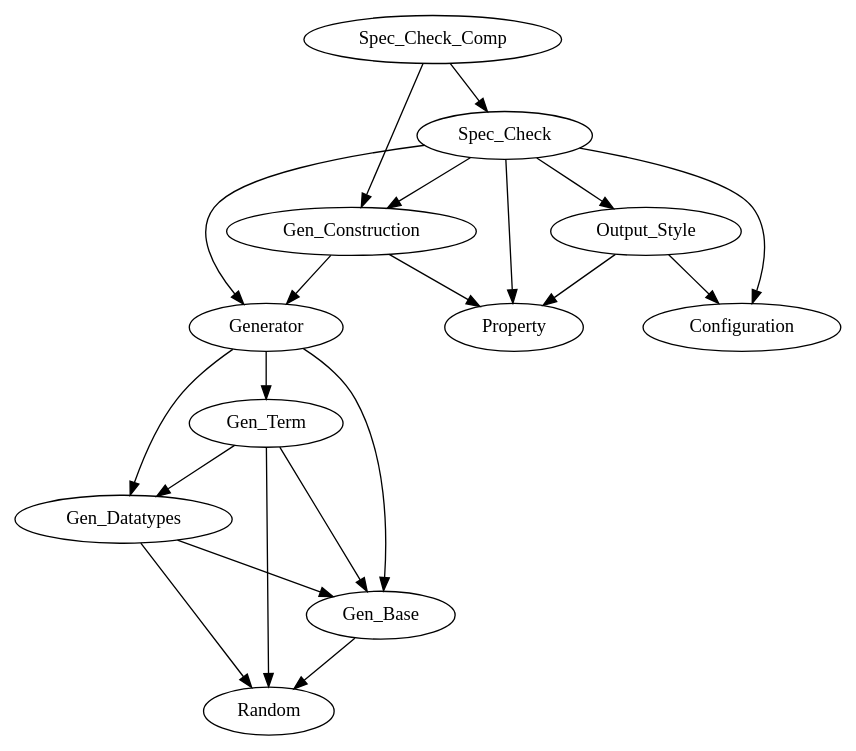
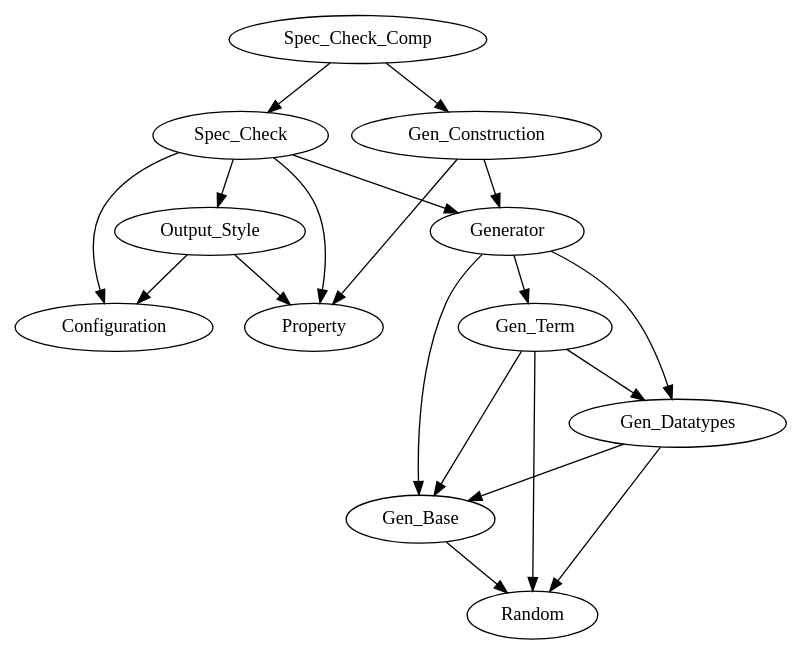
The diagram in dependencies.dot (kappelmann/SpecCheck), drawn with Graphviz before and after one commit. The commit also changed 2 other files, not shown here.

Commit message:
Update dependency graph another time

```diff
--- a/dependencies.dot
+++ b/dependencies.dot
@@ -1,22 +1,21 @@
 digraph G {
         Gen_Base -> Random
         Gen_Datatypes -> Random
         Gen_Datatypes -> Gen_Base
         Gen_Term -> Random
         Gen_Term -> Gen_Base
         Gen_Term -> Gen_Datatypes
         Generator -> Gen_Base
         Generator -> Gen_Datatypes
         Generator -> Gen_Term
         Spec_Check -> Property
         Spec_Check -> Configuration
         Spec_Check -> Generator
-        Spec_Check -> Gen_Construction
         Spec_Check -> Output_Style
         Gen_Construction -> Generator
         Gen_Construction -> Property
         Output_Style -> Property
         Output_Style -> Configuration
         Spec_Check_Comp -> Spec_Check
         Spec_Check_Comp -> Gen_Construction
 }
```
